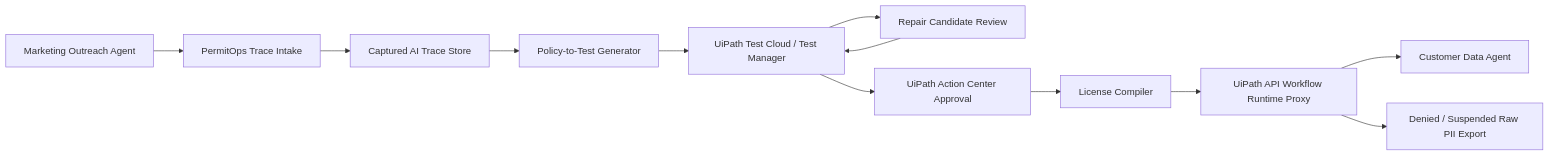
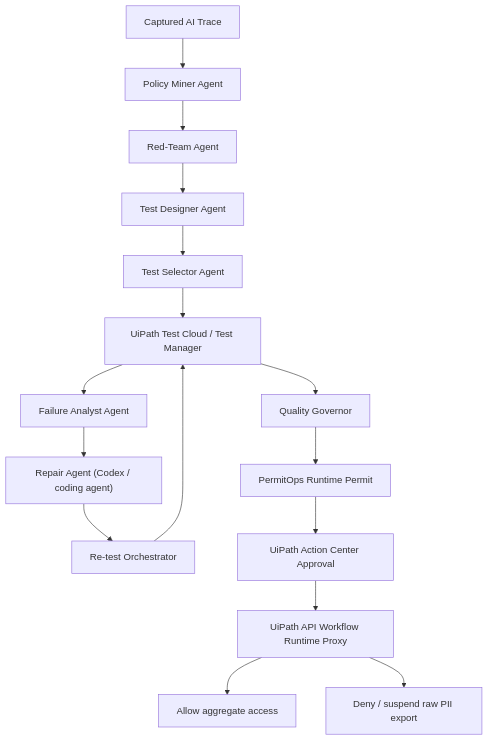
Before and after one commit to Jerry2003826/Uipath: the diagram in README.md, drawn with Mermaid. The commit also changed other lines of this file and 32 other files, not shown here.

````diff
--- a/README.md
+++ b/README.md
@@ -41,14 +63,18 @@
 ```mermaid
-flowchart LR
-    A["Marketing Outreach Agent"] --> B["PermitOps Trace Intake"]
-    B --> C["Captured AI Trace Store"]
-    C --> D["Policy-to-Test Generator"]
-    D --> E["UiPath Test Cloud / Test Manager"]
-    E --> F["Repair Candidate Review"]
-    F --> E
-    E --> G["UiPath Action Center Approval"]
-    G --> H["License Compiler"]
-    H --> I["UiPath API Workflow Runtime Proxy"]
-    I --> J["Customer Data Agent"]
-    I --> K["Denied / Suspended Raw PII Export"]
+flowchart TD
+    A["Captured AI Trace"] --> B["Policy Miner Agent"]
+    B --> C["Red-Team Agent"]
+    C --> D["Test Designer Agent"]
+    D --> E["Test Selector Agent"]
+    E --> F["UiPath Test Cloud / Test Manager"]
+    F --> G["Failure Analyst Agent"]
+    G --> H["Repair Agent (Codex / coding agent)"]
+    H --> I["Re-test Orchestrator"]
+    I --> F
+    F --> J["Quality Governor"]
+    J --> K["PermitOps Runtime Permit"]
+    K --> L["UiPath Action Center Approval"]
+    L --> M["UiPath API Workflow Runtime Proxy"]
+    M --> N["Allow aggregate access"]
+    M --> O["Deny / suspend raw PII export"]
 ```
````
